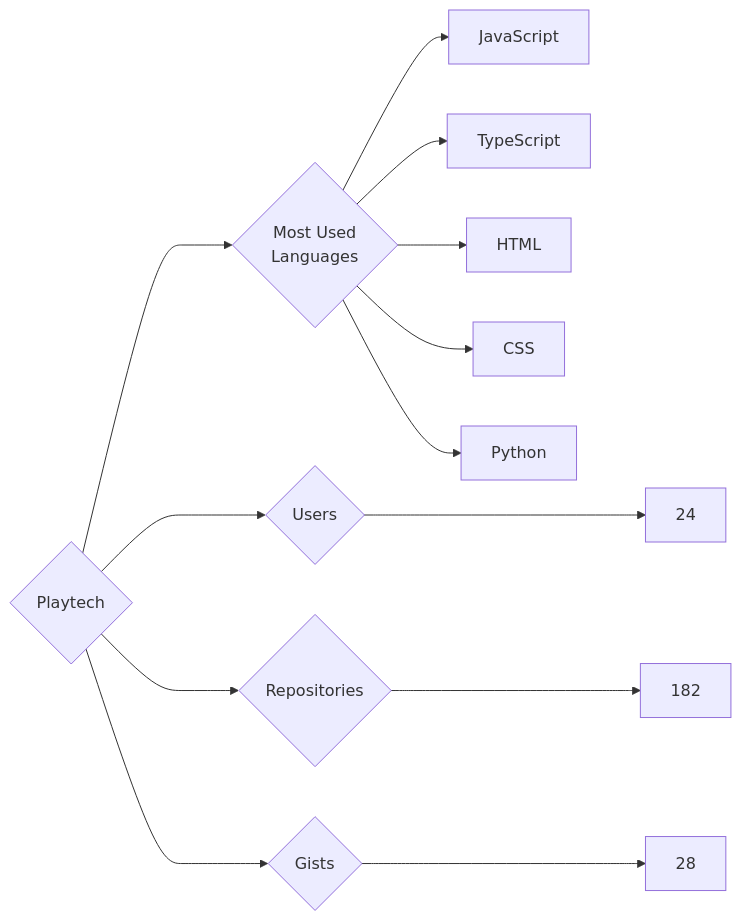
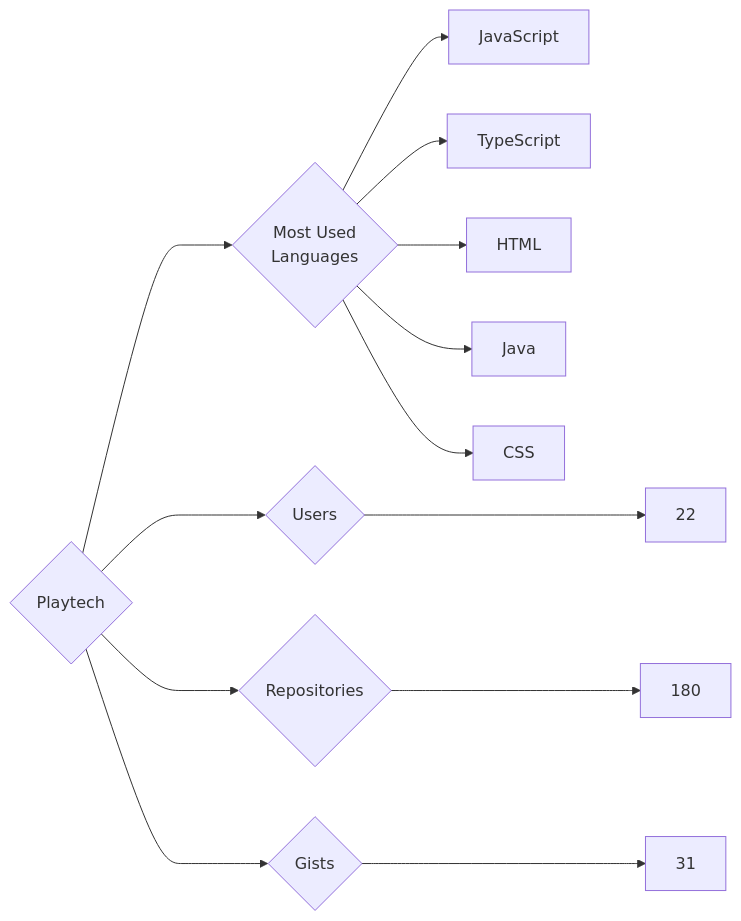
One commit to trickest/insiders changed the diagram in targets/Playtech/README.md. Above: the diagram before and after it, drawn with Mermaid. The commit also changed 953 other files, not shown here.

````diff
--- a/targets/Playtech/README.md
+++ b/targets/Playtech/README.md
@@ -3,13 +3,13 @@
 ```mermaid
 graph LR
 COMPANY_NAME{Playtech}
-COMPANY_NAME ---> U{Users} ---> UN[24]
-COMPANY_NAME ---> R{Repositories} ---> RN[182]
-COMPANY_NAME ---> G{Gists} ---> GN[28]
+COMPANY_NAME ---> U{Users} ---> UN[22]
+COMPANY_NAME ---> R{Repositories} ---> RN[180]
+COMPANY_NAME ---> G{Gists} ---> GN[31]
 COMPANY_NAME ---> ML{Most Used<br>Languages}
 ML --> JavaScript[JavaScript]
 ML --> TypeScript[TypeScript]
 ML --> HTML[HTML]
+ML --> Java[Java]
 ML --> CSS[CSS]
-ML --> Python[Python]
 ```
````
